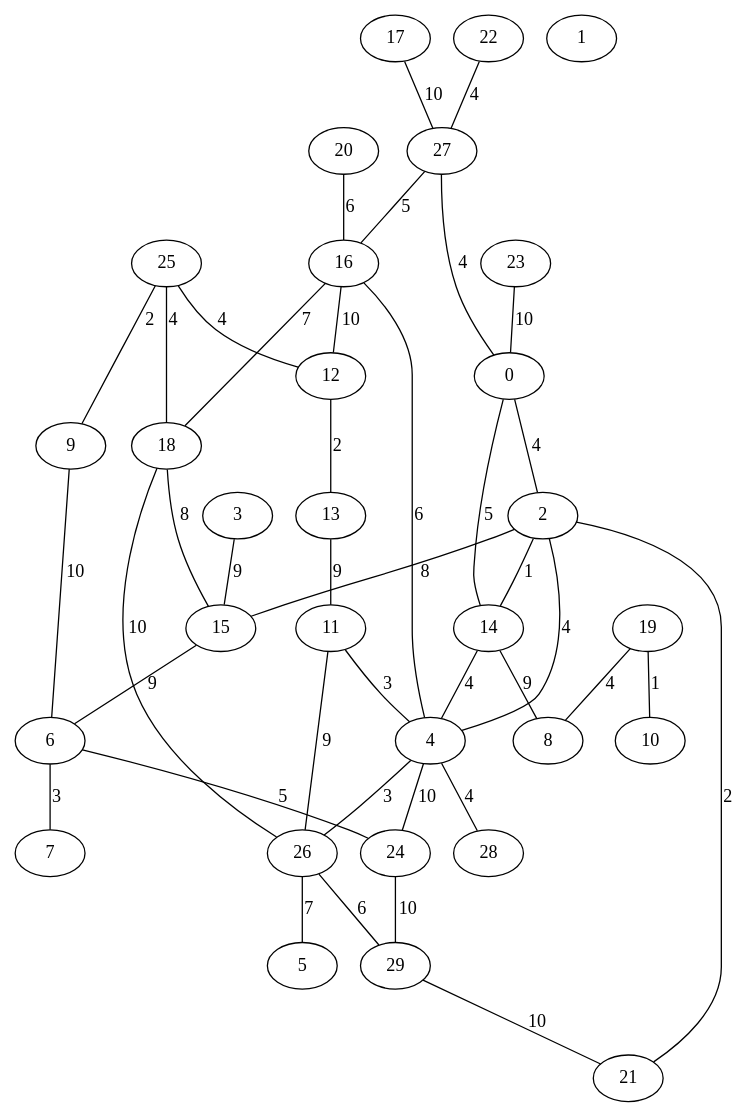
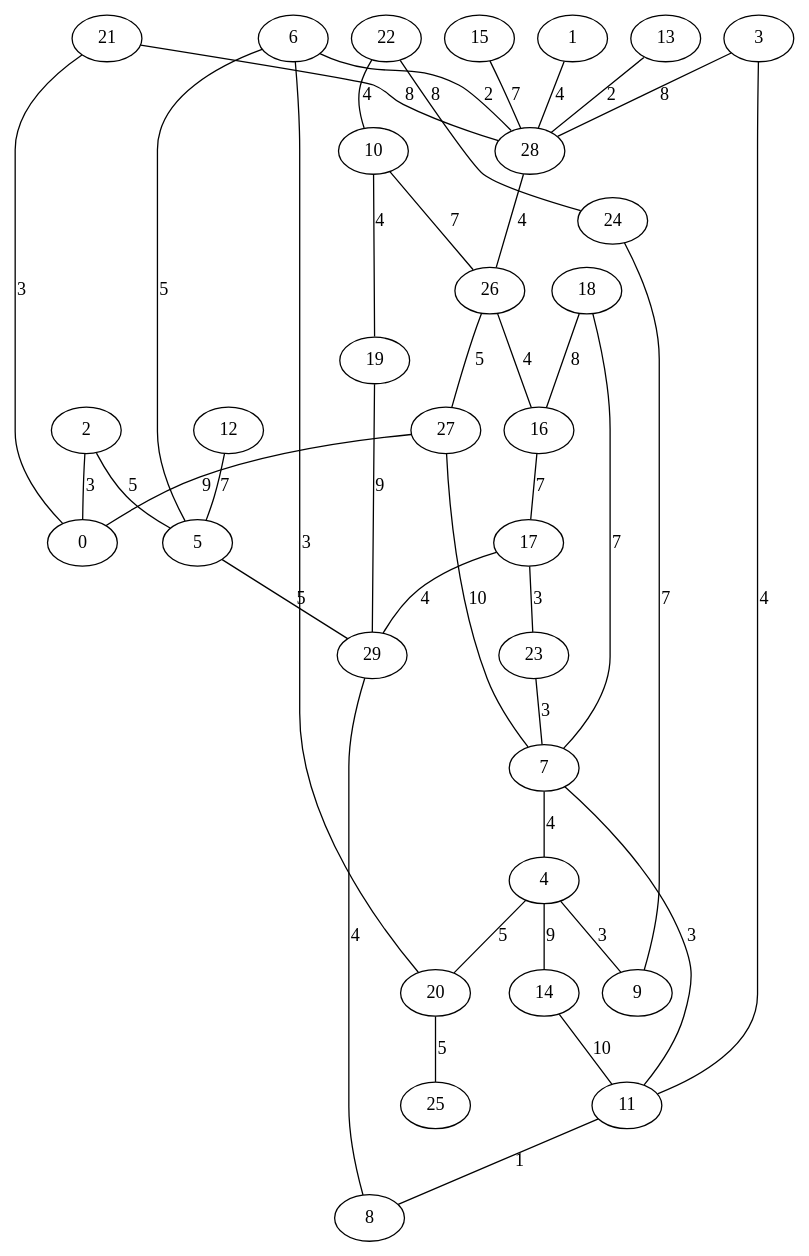
The diagram in gv/Erdos_Rengy_30.gv (OmarAlejandroLinares/ProyectoDAA), drawn with Graphviz before and after one commit. The commit also changed 72 other files, not shown here.

```diff
--- a/gv/Erdos_Rengy_30.gv
+++ b/gv/Erdos_Rengy_30.gv
@@ -1,72 +1,72 @@
 graph {
 	0 [label=0]
 	1 [label=1]
 	2 [label=2]
 	3 [label=3]
 	4 [label=4]
 	5 [label=5]
 	6 [label=6]
 	7 [label=7]
 	8 [label=8]
 	9 [label=9]
 	10 [label=10]
 	11 [label=11]
 	12 [label=12]
 	13 [label=13]
 	14 [label=14]
 	15 [label=15]
 	16 [label=16]
 	17 [label=17]
 	18 [label=18]
 	19 [label=19]
 	20 [label=20]
 	21 [label=21]
 	22 [label=22]
 	23 [label=23]
 	24 [label=24]
 	25 [label=25]
 	26 [label=26]
 	27 [label=27]
 	28 [label=28]
 	29 [label=29]
-	26 -- 29 [label=6]
-	26 -- 5 [label=7]
-	2 -- 14 [label=1]
-	11 -- 4 [label=3]
-	0 -- 14 [label=5]
-	14 -- 8 [label=9]
-	12 -- 13 [label=2]
-	25 -- 9 [label=2]
-	22 -- 27 [label=4]
-	25 -- 12 [label=4]
-	16 -- 4 [label=6]
-	9 -- 6 [label=10]
-	20 -- 16 [label=6]
-	27 -- 16 [label=5]
-	14 -- 4 [label=4]
-	13 -- 11 [label=9]
-	6 -- 7 [label=3]
-	6 -- 24 [label=5]
-	4 -- 28 [label=4]
-	2 -- 15 [label=8]
-	18 -- 26 [label=10]
-	11 -- 26 [label=9]
-	27 -- 0 [label=4]
-	19 -- 10 [label=1]
-	0 -- 2 [label=4]
-	16 -- 18 [label=7]
-	24 -- 29 [label=10]
-	4 -- 26 [label=3]
-	19 -- 8 [label=4]
-	17 -- 27 [label=10]
-	25 -- 18 [label=4]
-	3 -- 15 [label=9]
-	4 -- 2 [label=4]
-	15 -- 6 [label=9]
-	4 -- 24 [label=10]
-	2 -- 21 [label=2]
-	29 -- 21 [label=10]
-	18 -- 15 [label=8]
-	16 -- 12 [label=10]
-	23 -- 0 [label=10]
+	24 -- 9 [label=7]
+	13 -- 28 [label=2]
+	5 -- 29 [label=5]
+	26 -- 16 [label=4]
+	4 -- 14 [label=9]
+	12 -- 5 [label=7]
+	17 -- 23 [label=3]
+	2 -- 5 [label=5]
+	6 -- 28 [label=2]
+	26 -- 27 [label=5]
+	21 -- 0 [label=3]
+	3 -- 11 [label=4]
+	17 -- 29 [label=4]
+	21 -- 28 [label=8]
+	14 -- 11 [label=10]
+	18 -- 16 [label=8]
+	4 -- 20 [label=5]
+	10 -- 26 [label=7]
+	7 -- 11 [label=3]
+	11 -- 8 [label=1]
+	29 -- 8 [label=4]
+	22 -- 10 [label=4]
+	27 -- 0 [label=9]
+	6 -- 20 [label=3]
+	15 -- 28 [label=7]
+	22 -- 24 [label=8]
+	7 -- 4 [label=4]
+	16 -- 17 [label=7]
+	2 -- 0 [label=3]
+	4 -- 9 [label=3]
+	20 -- 25 [label=5]
+	10 -- 19 [label=4]
+	18 -- 7 [label=7]
+	6 -- 5 [label=5]
+	28 -- 26 [label=4]
+	3 -- 28 [label=8]
+	1 -- 28 [label=4]
+	23 -- 7 [label=3]
+	27 -- 7 [label=10]
+	19 -- 29 [label=9]
 }
```
